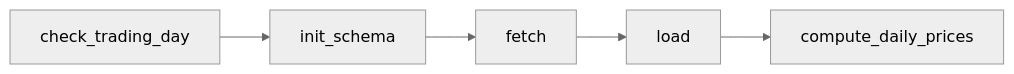
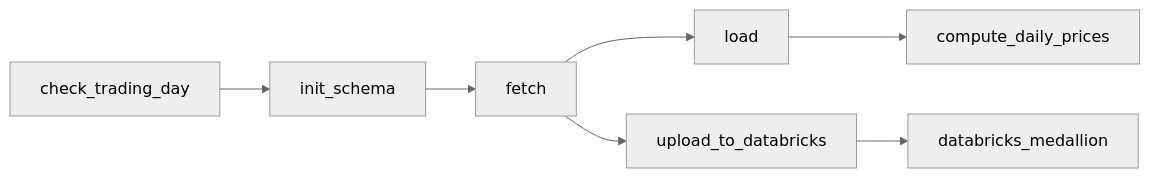
The second of 3 diagrams in README.md (bkajj/market-tracker), drawn with Mermaid (neutral theme) before and after one commit. The commit also changed other lines of this file, not shown here.

Commit message:
docs: add databricks to README

````diff
--- a/README.md
+++ b/README.md
@@ -20,4 +31,8 @@
 ```mermaid
 flowchart LR
-    CHECK[check_trading_day] --> INIT[init_schema] --> FETCH[fetch] --> LOAD[load] --> SPARK[compute_daily_prices]
+    CHECK[check_trading_day] --> INIT[init_schema] --> FETCH[fetch]
+    FETCH --> LOAD[load]
+    FETCH --> UPLOAD[upload_to_databricks]
+    LOAD --> SPARK[compute_daily_prices]
+    UPLOAD --> DBX[databricks_medallion]
 ```
````
